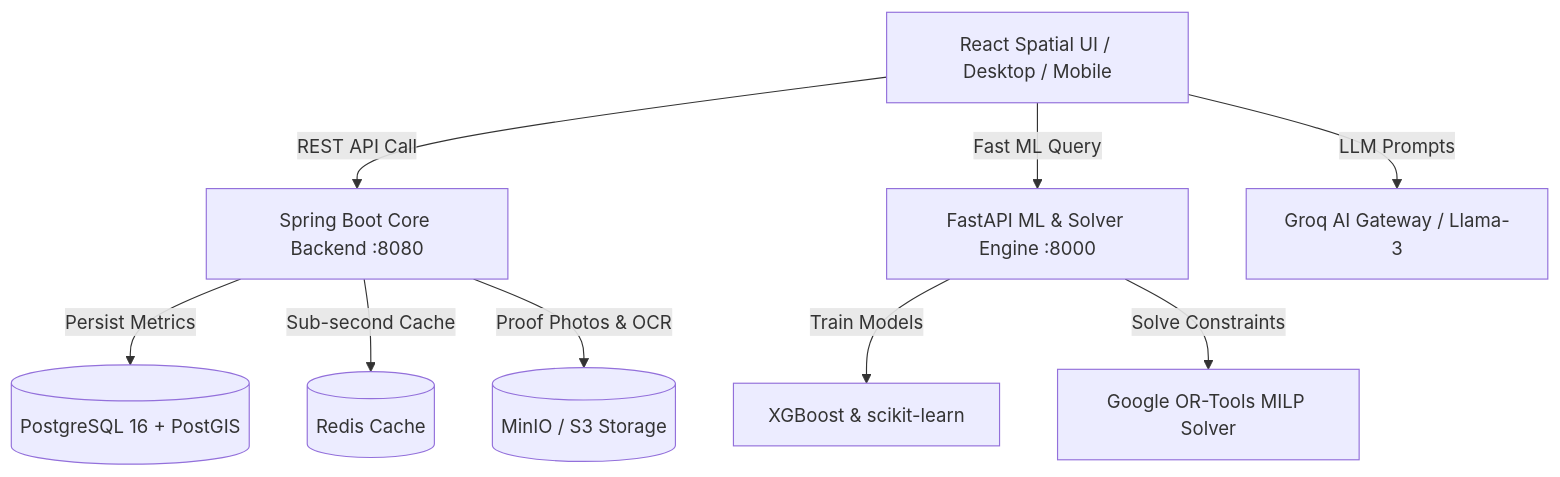
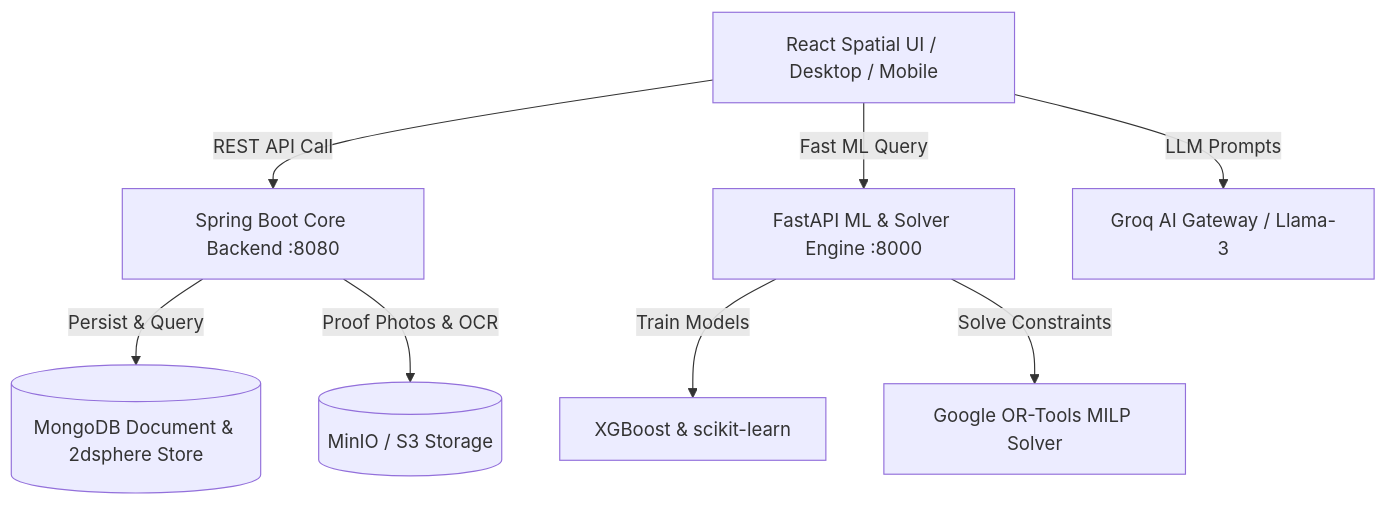
The diagram in Deliverable/EcoSphere_System_Development_Roadmap.md (TheOrionGD/VerdantIQ), drawn with Mermaid before and after one commit. The commit also changed other lines of this file and 106 other files, not shown here.

Commit message:
feat: implement backend service architecture and ML service components while removing docker-compose configuration.

````diff
--- a/Deliverable/EcoSphere_System_Development_Roadmap.md
+++ b/Deliverable/EcoSphere_System_Development_Roadmap.md
@@ -11,11 +11,10 @@
 ```mermaid
 graph TD
     Client[React Spatial UI / Desktop / Mobile] -->|REST API Call| SpringBoot[Spring Boot Core Backend :8080]
     Client -->|Fast ML Query| FastAPI[FastAPI ML & Solver Engine :8000]
     Client -->|LLM Prompts| GroqAPI[Groq AI Gateway / Llama-3]
-    SpringBoot -->|Persist Metrics| Postgres[(PostgreSQL 16 + PostGIS)]
-    SpringBoot -->|Sub-second Cache| Redis[(Redis Cache)]
+    SpringBoot -->|Persist & Query| MongoDB[(MongoDB Document & 2dsphere Store)]
     SpringBoot -->|Proof Photos & OCR| S3[(MinIO / S3 Storage)]
     FastAPI -->|Train Models| XGBoost[XGBoost & scikit-learn]
     FastAPI -->|Solve Constraints| ORTools[Google OR-Tools MILP Solver]
 ```
````
